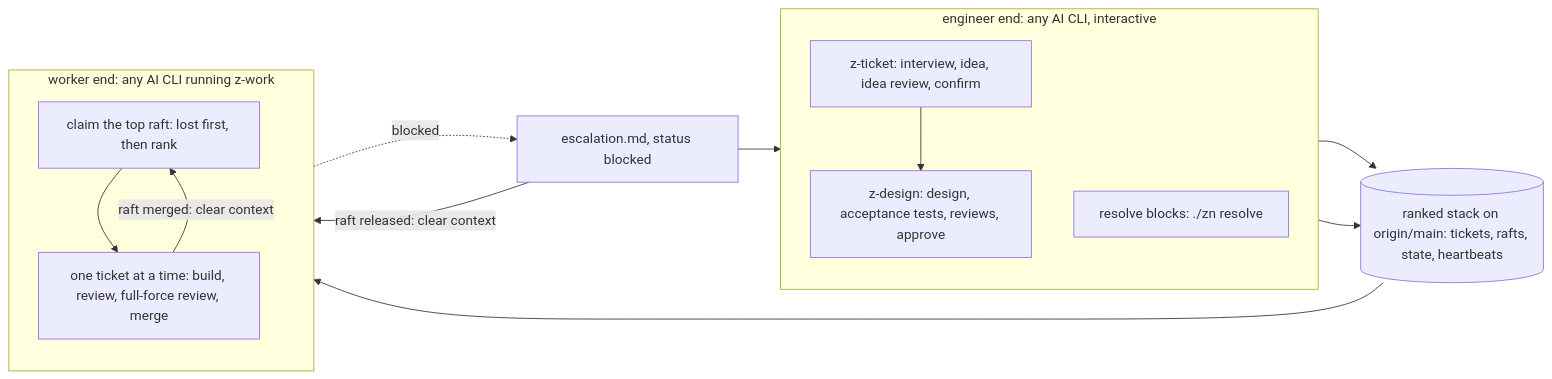
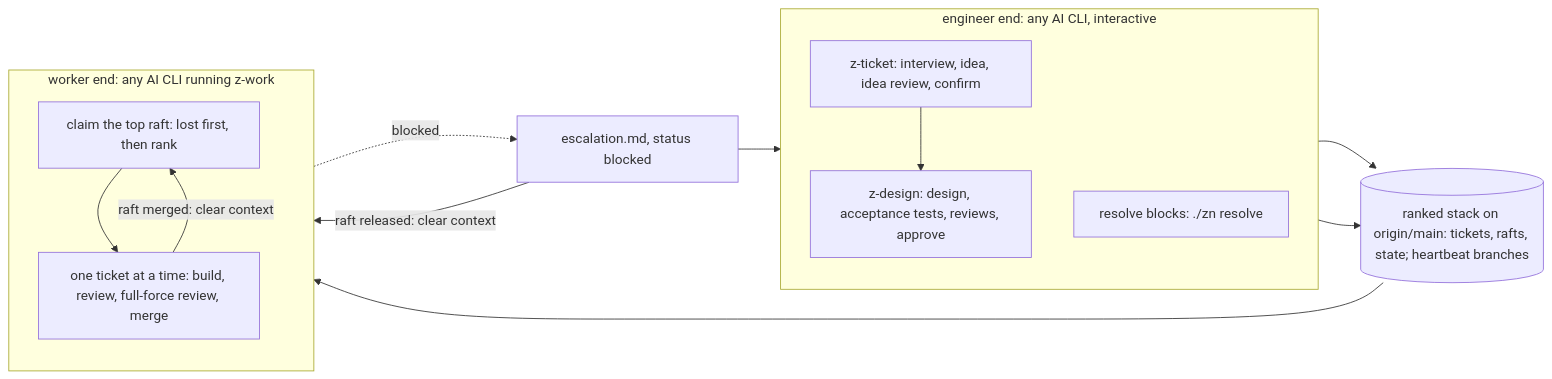
One commit to philipbergen/z-nile changed the second of 3 diagrams in z-nile/.tracker/issues/c0264/experiments/README.draft.md. Above: the diagram before and after it, drawn with Mermaid. The commit also changed other lines of this file and 6 other files, not shown here.

Commit message:
tracker: prep c0264 port the user's later decisions, models per command and activity, the heartbeat branch and roadmap-unique into the combined design

````diff
--- a/z-nile/.tracker/issues/c0264/experiments/README.draft.md
+++ b/z-nile/.tracker/issues/c0264/experiments/README.draft.md
@@ -36,24 +36,24 @@
 ```mermaid
 flowchart LR
   subgraph eng["engineer end: any AI CLI, interactive"]
     direction TB
     cap["z-ticket: interview, idea, idea review, confirm"]
     des["z-design: design, acceptance tests, reviews, approve"]
     res["resolve blocks: ./zn resolve"]
     cap --> des
   end
-  stack[("ranked stack on origin/main: tickets, rafts, state, heartbeats")]
+  stack[("ranked stack on origin/main: tickets, rafts, state; heartbeat branches")]
   subgraph wrk["worker end: any AI CLI running z-work"]
     direction TB
     loop["claim the top raft: lost first, then rank"]
     layer["one ticket at a time: build, review, full-force review, merge"]
     loop --> layer
   end
   eng --> stack
   stack --> loop
   layer -->|"raft merged: clear context"| loop
   layer -. blocked .-> esc["escalation.md, status blocked"]
   esc -->|"raft released: clear context"| loop
   esc --> res
   res --> stack
 ```
````
